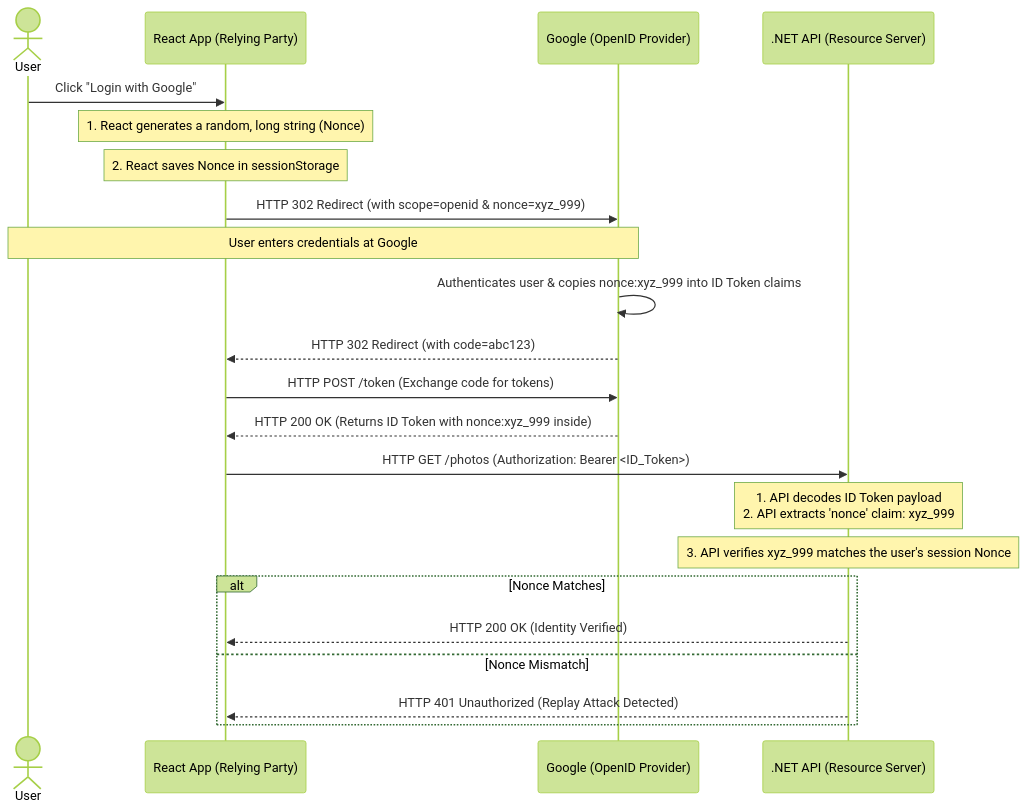
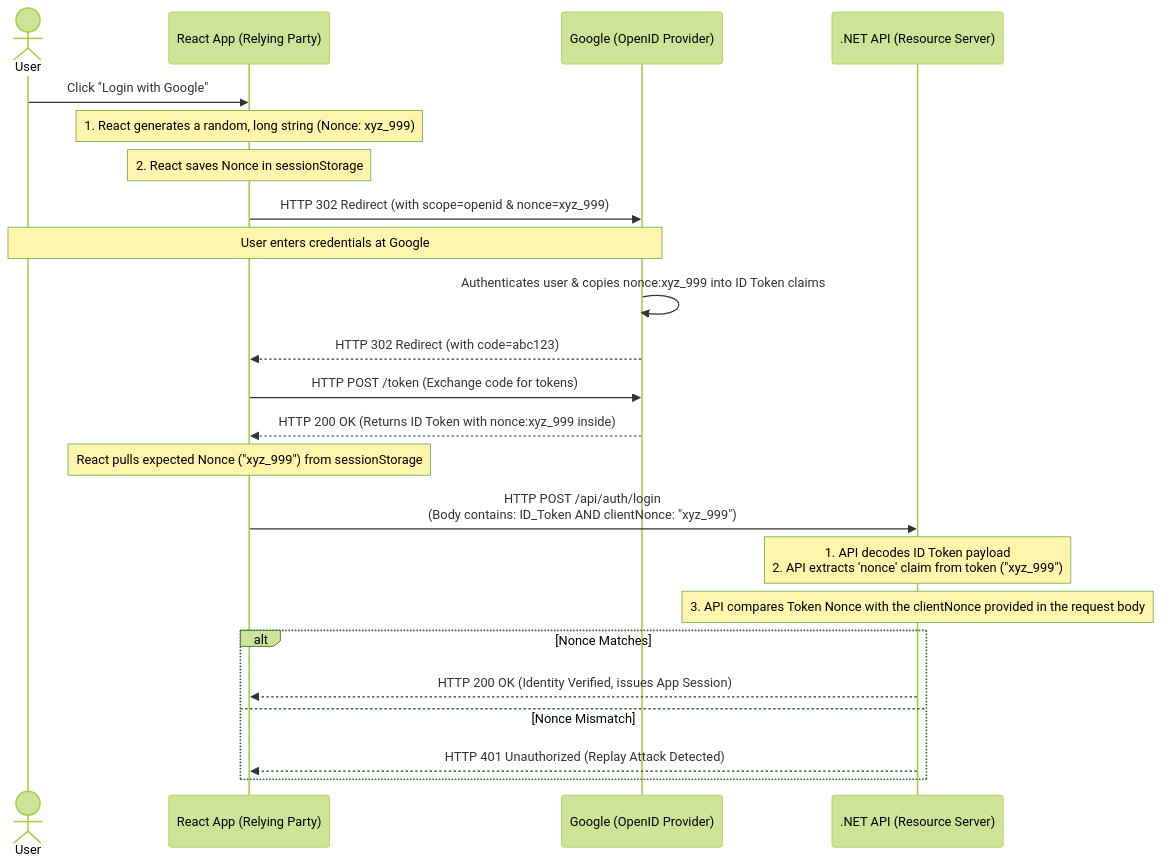
Before and after one commit to nirajp82/IdentityAccessManagement_IAM: the third of 4 diagrams in 02_AuthN_Federation/06_OIDC_Intro.md, drawn with Mermaid (forest theme). The commit also changed other lines of this file, not shown here.

````diff
--- a/02_AuthN_Federation/06_OIDC_Intro.md
+++ b/02_AuthN_Federation/06_OIDC_Intro.md
@@ -302,33 +302,33 @@
 ```mermaid
 sequenceDiagram
     actor User
     participant React as React App (Relying Party)
     participant Google as Google (OpenID Provider)
     participant API as .NET API (Resource Server)
 
     User->>React: Click "Login with Google"
-    Note over React: 1. React generates a random, long string (Nonce)
+    Note over React: 1. React generates a random, long string (Nonce: xyz_999)
     Note over React: 2. React saves Nonce in sessionStorage
     
     React->>Google: HTTP 302 Redirect (with scope=openid & nonce=xyz_999)
     
     Note over User,Google: User enters credentials at Google
     Google->>Google: Authenticates user & copies nonce:xyz_999 into ID Token claims
     
     Google-->>React: HTTP 302 Redirect (with code=abc123)
     
     React->>Google: HTTP POST /token (Exchange code for tokens)
     Google-->>React: HTTP 200 OK (Returns ID Token with nonce:xyz_999 inside)
     
-    React->>API: HTTP GET /photos (Authorization: Bearer <ID_Token>)
+    Note over React: React pulls expected Nonce ("xyz_999") from sessionStorage
+    React->>API: HTTP POST /api/auth/login <br/>(Body contains: ID_Token AND clientNonce: "xyz_999")
     
-    Note over API: 1. API decodes ID Token payload<br/>2. API extracts 'nonce' claim: xyz_999
-    Note over API: 3. API verifies xyz_999 matches the user's session Nonce
+    Note over API: 1. API decodes ID Token payload<br/>2. API extracts 'nonce' claim from token ("xyz_999")
+    Note over API: 3. API compares Token Nonce with the clientNonce provided in the request body
     
     alt Nonce Matches
-        API-->>React: HTTP 200 OK (Identity Verified)
+        API-->>React: HTTP 200 OK (Identity Verified, issues App Session)
     else Nonce Mismatch
         API-->>React: HTTP 401 Unauthorized (Replay Attack Detected)
     end
-
 ```
````
